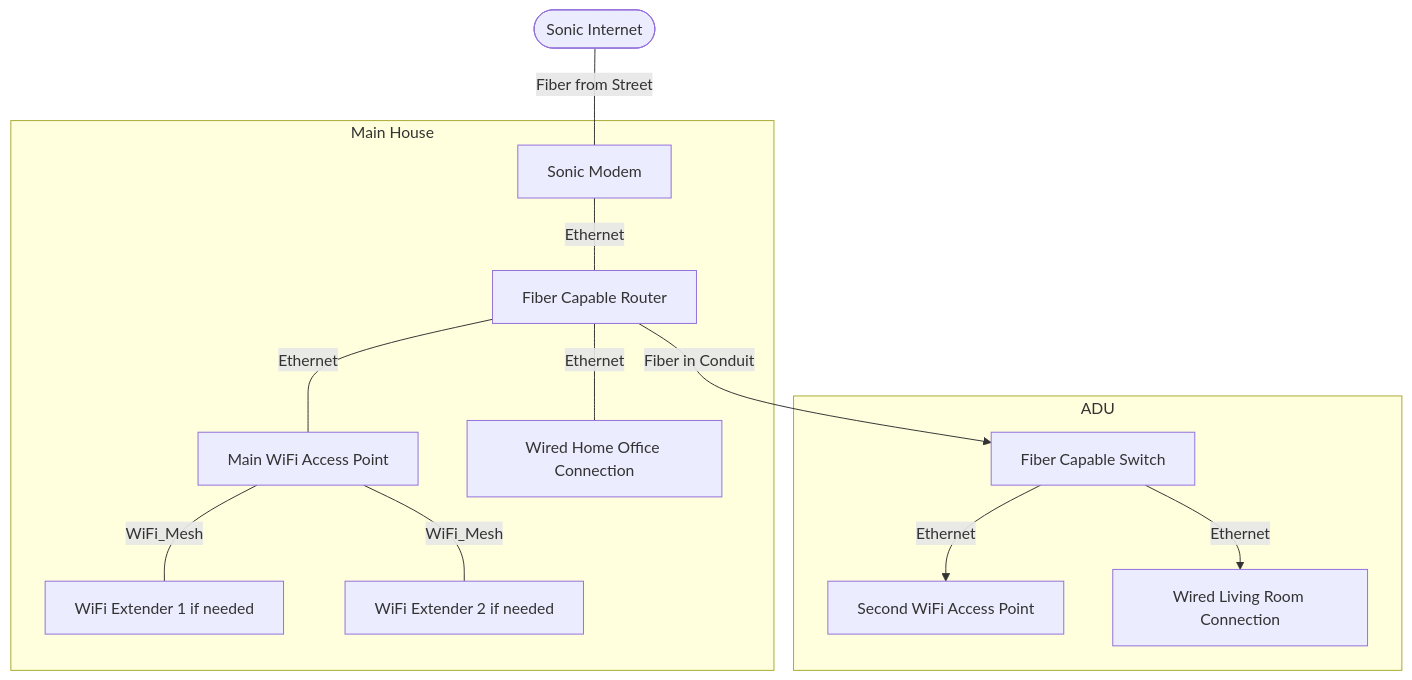
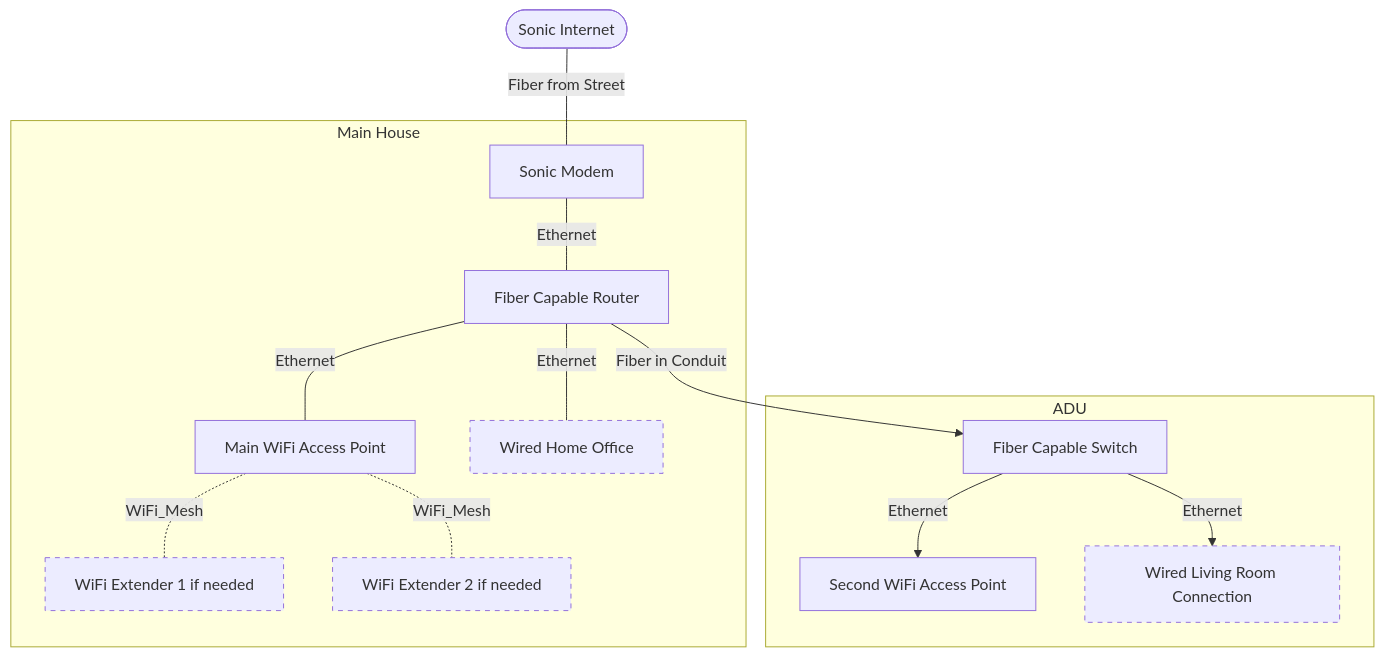
One commit to kylelundstedt/images changed the diagram in Network.md. Above: the diagram before and after it, drawn with Mermaid.

````diff
--- a/Network.md
+++ b/Network.md
@@ -1,16 +1,17 @@
 ```mermaid
 graph TB;
+    classDef optional stroke-dasharray: 5 5;
     ISP([Sonic Internet]) -- Fiber from Street --- Adtran-411-ONT[Sonic Modem];
     subgraph Main House
         Adtran-411-ONT -- Ethernet --- UDM-SE[Fiber Capable Router];
         UDM-SE -- Ethernet --- U6Lite1[Main WiFi Access Point];
-        UDM-SE -- Ethernet --- HomeOffice[Wired Home Office Connection];
-        U6Lite1 -- WiFi_Mesh --- U6Ext1[WiFi Extender 1 if needed];
-        U6Lite1 -- WiFi_Mesh --- U6Ext2[WiFi Extender 2 if needed];
+        UDM-SE -- Ethernet --- HomeOffice[Wired Home Office]:::optional;
+        U6Lite1 -. WiFi_Mesh .- U6Ext1[WiFi Extender 1 if needed]:::optional;
+        U6Lite1 -. WiFi_Mesh .- U6Ext2[WiFi Extender 2 if needed]:::optional;
     end
     subgraph ADU
         UDM-SE -- Fiber in Conduit --> USW-Switch[Fiber Capable Switch];
         USW-Switch -- Ethernet --> U6Lite2[Second WiFi Access Point];
-        USW-Switch -- Ethernet --> LivingRoom[Wired Living Room Connection];
+        USW-Switch -- Ethernet --> LivingRoom[Wired Living Room Connection]:::optional;
     end
 ```
````
